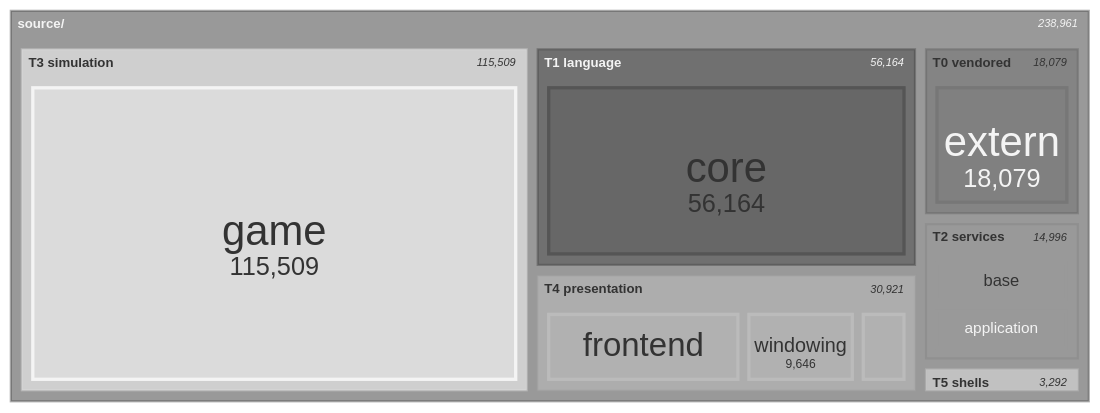
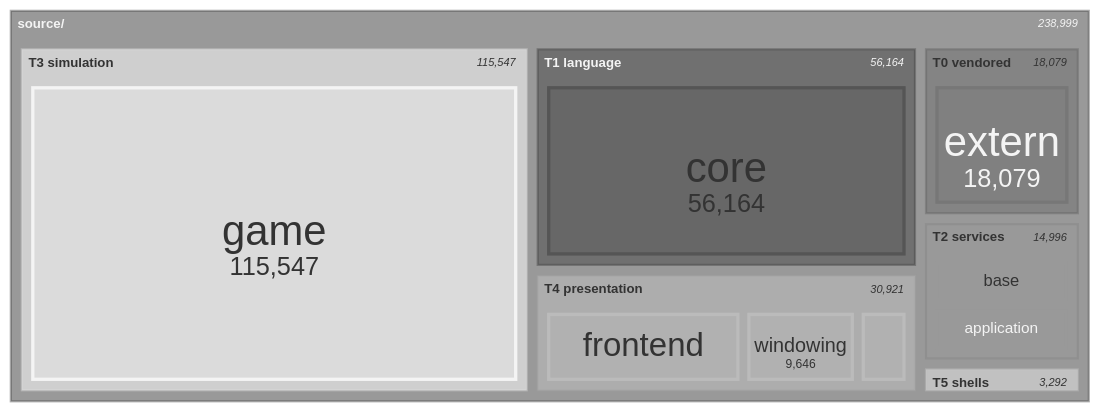
One commit to apnex/OpenStarbound changed the seventh of 11 diagrams in docs/architecture/system-boundaries.md. Above: the diagram before and after it, drawn with Mermaid (neutral theme). The commit also changed other lines of this file and 1 other file, not shown here.

````diff
--- a/docs/architecture/system-boundaries.md
+++ b/docs/architecture/system-boundaries.md
@@ -577,21 +577,21 @@
 ```mermaid
 treemap-beta
 "source/"
     "T0 vendored"
         "extern": 18079
     "T1 language"
         "core": 56164
     "T2 services"
         "base": 7464
         "application": 7390
         "platform": 142
     "T3 simulation"
-        "game": 115509
+        "game": 115547
     "T4 presentation"
         "frontend": 16861
         "windowing": 9646
         "rendering": 4414
     "T5 shells"
         "client": 2509
         "server": 783
 ```
````
